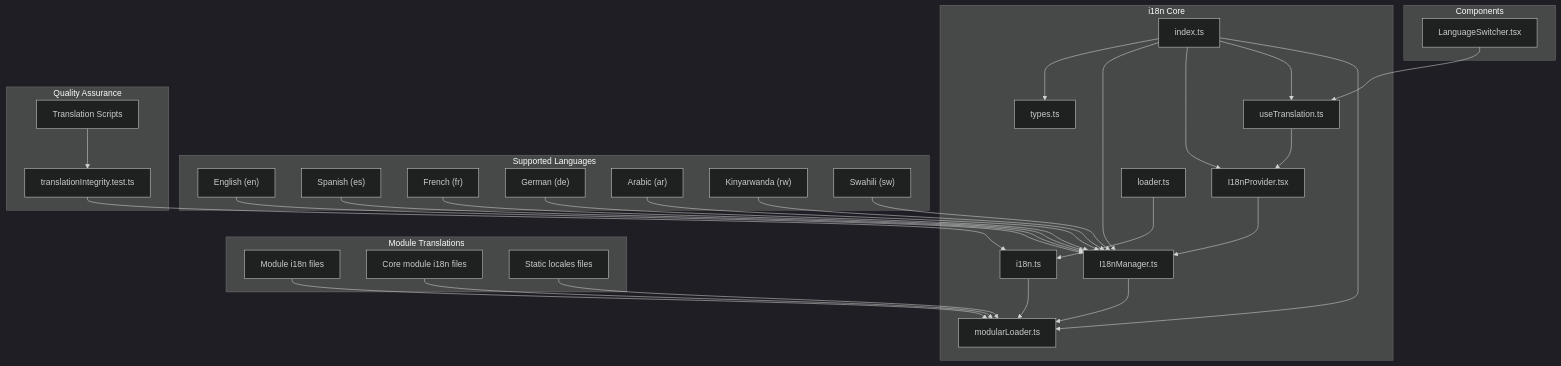
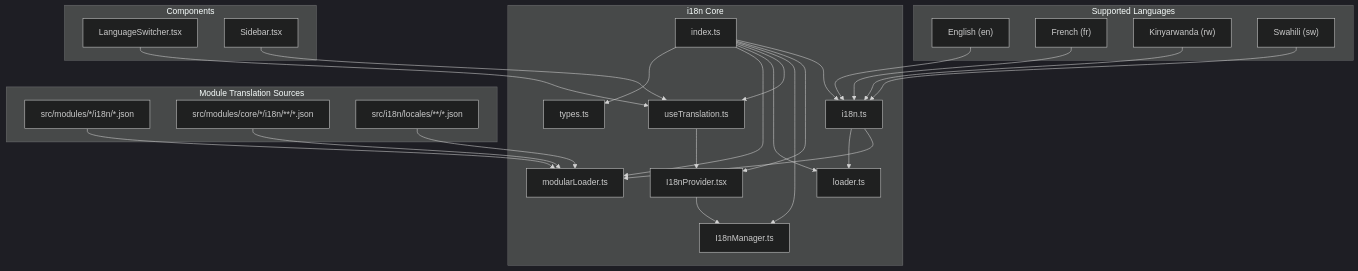
Before and after one commit to geniusdynamics/schoolpilot: the first of 9 diagrams in .qoder/repowiki/en/content/Internationalization.md, drawn with Mermaid (dark theme). The commit also changed other lines of this file and 311 other files, not shown here.

````diff
--- a/.qoder/repowiki/en/content/Internationalization.md
+++ b/.qoder/repowiki/en/content/Internationalization.md
@@ -53,57 +52,48 @@
 ```mermaid
 graph TB
 subgraph "i18n Core"
 IDX["index.ts"]
-TM["types.ts"]
-IM["I18nManager.ts"]
+I18N["i18n.ts"]
 IP["I18nProvider.tsx"]
+UM["I18nManager.ts"]
 UT["useTranslation.ts"]
+TL["loader.ts"]
 ML["modularLoader.ts"]
-I18N["i18n.ts"]
-LD["loader.ts"]
+TP["types.ts"]
 end
 subgraph "Components"
 LS["LanguageSwitcher.tsx"]
+SB["Sidebar.tsx"]
+end
+subgraph "Module Translation Sources"
+MOD["src/modules/*/i18n/*.json"]
+CORE["src/modules/core/*/i18n/**/*.json"]
+STAT["src/i18n/locales/**/*.json"]
 end
 subgraph "Supported Languages"
 EN["English (en)"]
-ES["Spanish (es)"]
 FR["French (fr)"]
-DE["German (de)"]
-AR["Arabic (ar)"]
 RW["Kinyarwanda (rw)"]
 SW["Swahili (sw)"]
 end
-subgraph "Module Translations"
-MOD["Module i18n files"]
-CORE["Core module i18n files"]
-STATIC["Static locales files"]
-end
-subgraph "Quality Assurance"
-TEST["translationIntegrity.test.ts"]
-TOOLS["Translation Scripts"]
-end
-IDX --> TM
-IDX --> IM
+IDX --> I18N
 IDX --> IP
+IDX --> UM
 IDX --> UT
+IDX --> TL
 IDX --> ML
-IP --> IM
+IDX --> TP
+IP --> UM
 UT --> IP
-IM --> ML
+I18N --> ML
+I18N --> TL
 LS --> UT
-EN --> IM
-ES --> IM
-FR --> IM
-DE --> IM
-AR --> IM
-RW --> IM
-SW --> IM
+SB --> UT
 MOD --> ML
 CORE --> ML
-STATIC --> ML
-I18N --> ML
-LD --> I18N
-TEST --> I18N
-TOOLS --> TEST
+STAT --> ML
+EN --> I18N
+FR --> I18N
+RW --> I18N
+SW --> I18N
 ```
````
